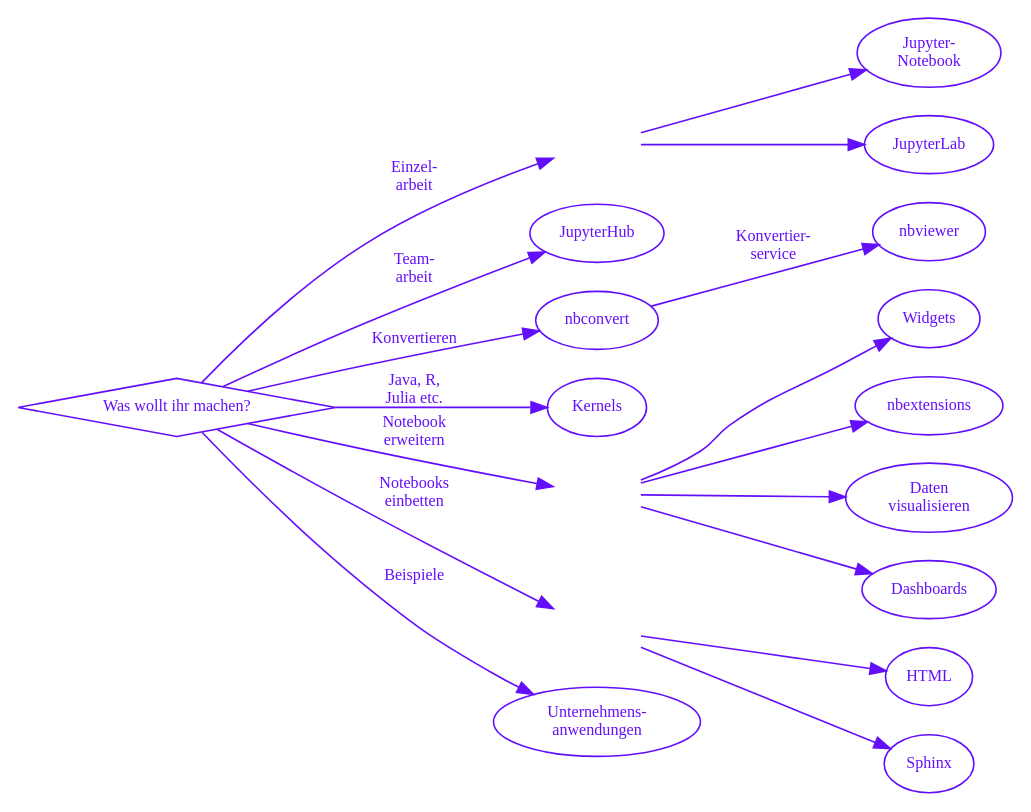
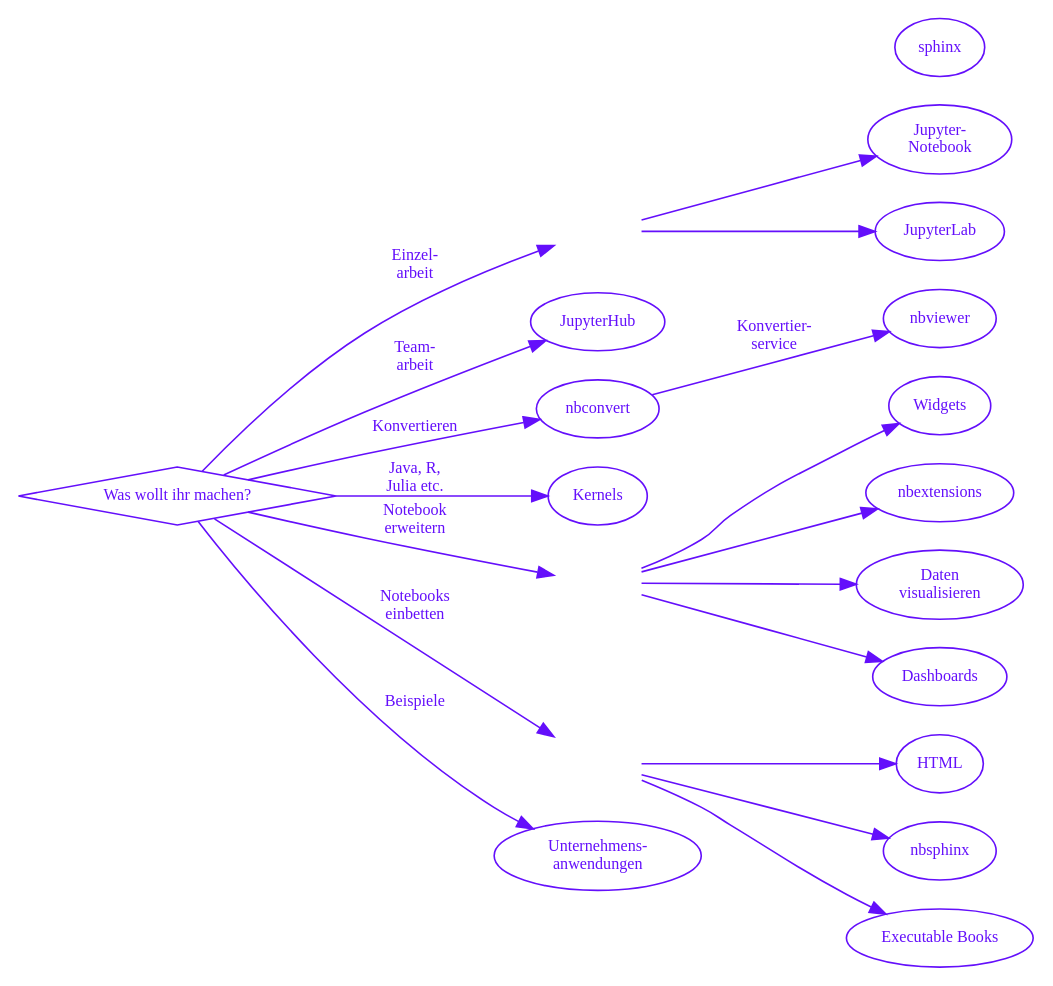
One commit to veit/jupyter-tutorial-de changed the diagram in docs/index.rst. Above: the diagram before and after it, drawn with Graphviz. The commit also changed other lines of this file and 3 other files, not shown here.

Commit message:
:memo: Add Executable Books

```diff
--- a/docs/index.rst
+++ b/docs/index.rst
@@ -99,11 +99,16 @@
             tooltip="Einbinden von Notebooks in statisches HTML",
             target="_top",
             href="../ipywidgets/embedding.html"]
-        sphinx [
-            label="Sphinx",
+        nbsphinx [
+            label="nbsphinx",
             tooltip="Einbinden von Notebooks in den Sphinx Document Generator",
             target="_top",
-            href="../nbsphinx.html"]
+            href="../sphinx/nbsphinx.html"]
+        executablebooks [
+            label="Executable Books",
+            tooltip="Bücher aus Jupyter Notebooks und MyST",
+            target="_top",
+            href="../sphinx/executablebooks.html"]
         // Edges
         what -> singleuser [label="Einzel-\narbeit"]
         what -> hub [label="Team-\narbeit"]
@@ -115,7 +120,7 @@
         what -> examples [label="Beispiele"]
         singleuser -> {notebook jupyterlab}
         extensions -> {widgets extend viz dash}
-        embed -> {html sphinx}
+        embed -> {html nbsphinx executablebooks}
         // Arrangement
         rankdir="LR"
         {rank = same; what;}
```
